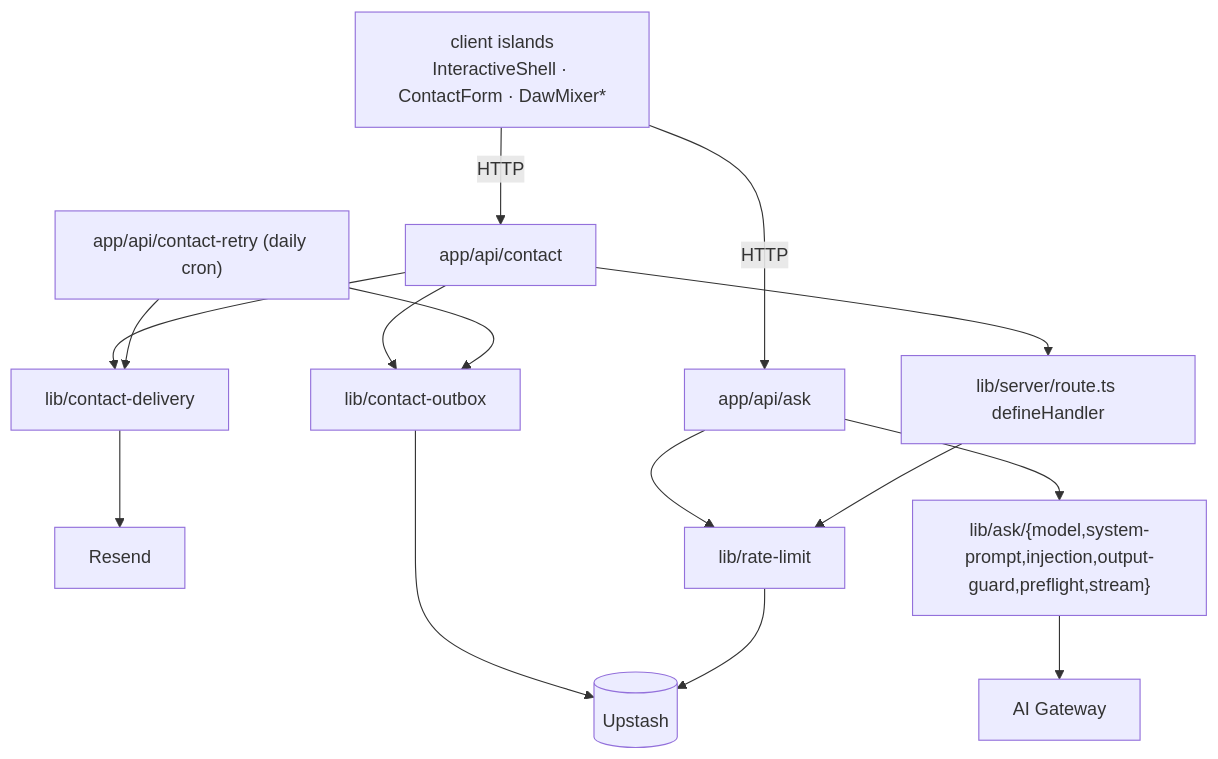
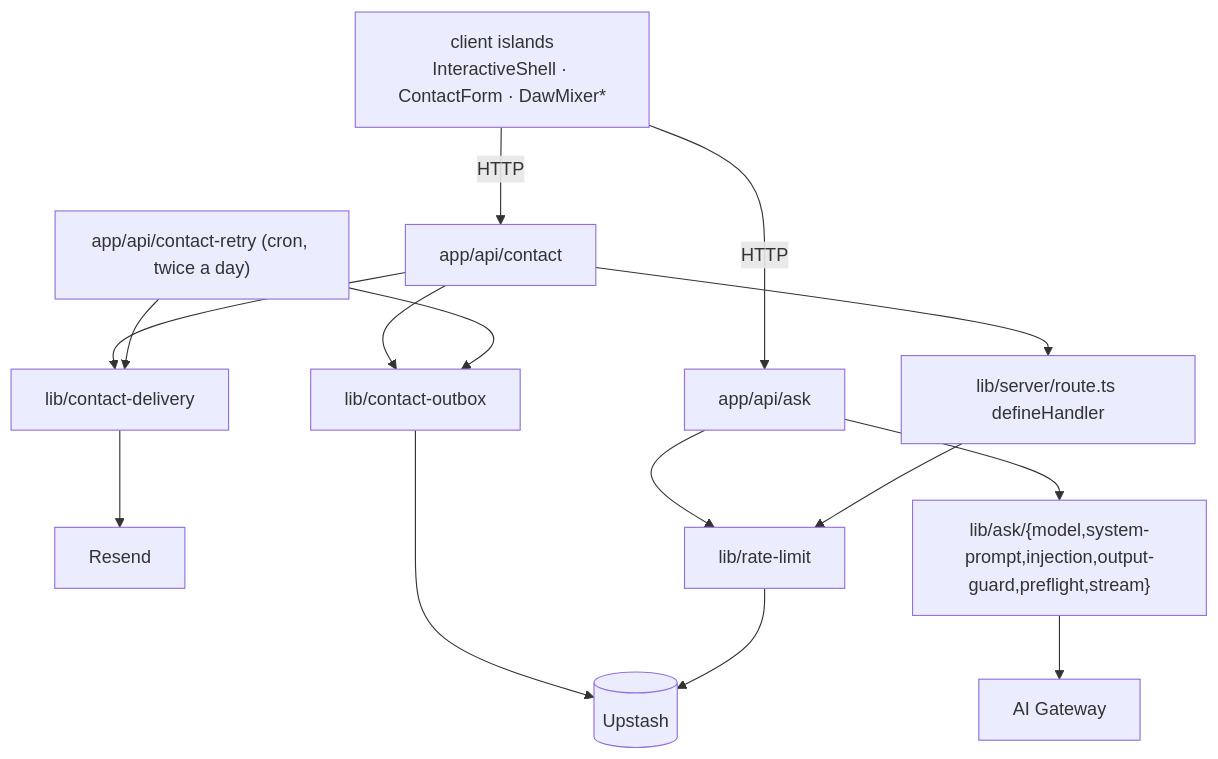
One commit to erikunha/portfolio changed the seventh of 7 diagrams in docs/01-architecture.md. Above: the diagram before and after it, drawn with Mermaid. The commit also changed other lines of this file and 507 other files, not shown here.

````diff
--- a/docs/01-architecture.md
+++ b/docs/01-architecture.md
@@ -146,17 +146,17 @@
 ```mermaid
 flowchart TD
     island["client islands<br/>InteractiveShell · ContactForm · DawMixer*"] -->|HTTP| apiask["app/api/ask"]
     island -->|HTTP| apicontact["app/api/contact"]
     apicontact --> defh["lib/server/route.ts defineHandler"]
     apicontact --> delivery["lib/contact-delivery"]
     apicontact --> outbox["lib/contact-outbox"]
-    retry["app/api/contact-retry (daily cron)"] --> delivery
+    retry["app/api/contact-retry (cron, twice a day)"] --> delivery
     retry --> outbox
     outbox --> redis
     delivery --> resend["Resend"]
     apiask --> rl["lib/rate-limit"]
     apiask --> askmod["lib/ask/{model,system-prompt,injection,output-guard,preflight,stream}"]
     defh --> rl
     rl --> redis[("Upstash")]
     askmod --> gw["AI Gateway"]
 ```
````
